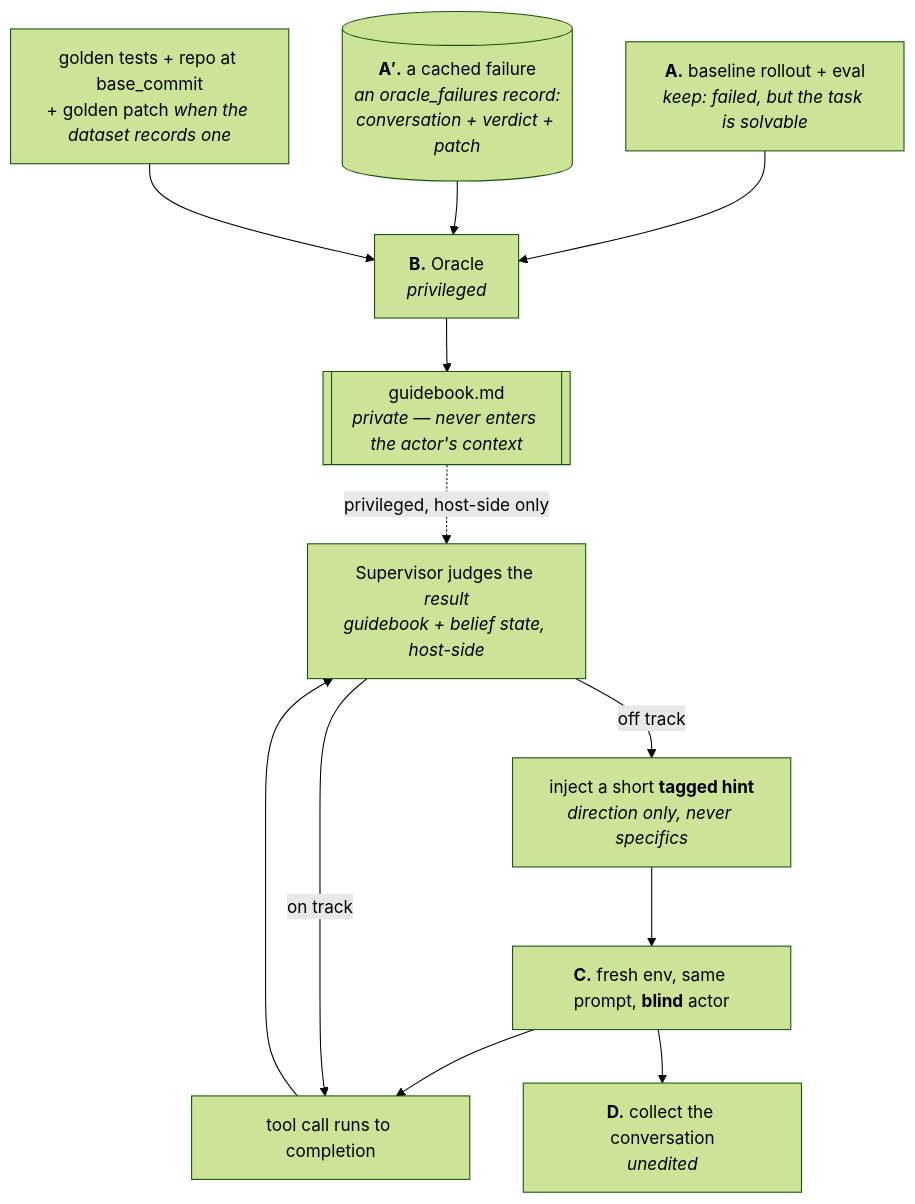
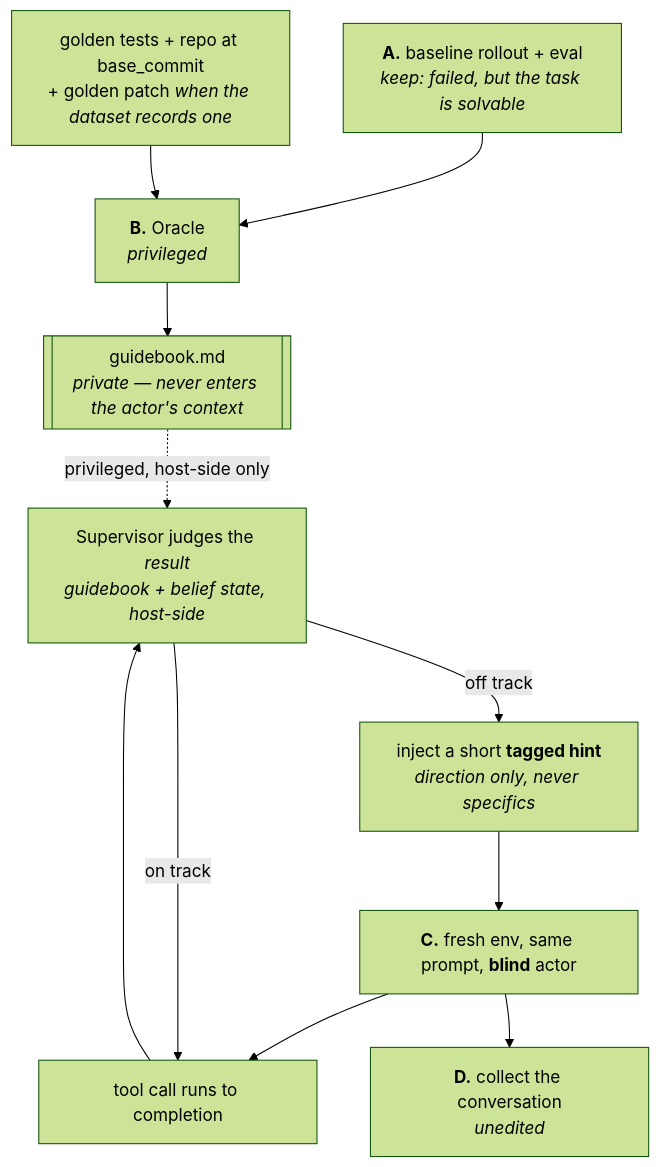
The diagram in docs/trace-synthesis/spec.md (Luolc/swe-lab), drawn with Mermaid (forest theme) before and after one commit. The commit also changed other lines of this file and 30 other files, not shown here.

````diff
--- a/docs/trace-synthesis/spec.md
+++ b/docs/trace-synthesis/spec.md
@@ -75,23 +74,21 @@
 ```mermaid
 flowchart TD
   A["<b>A.</b> baseline rollout + eval<br/><i>keep: failed, but the task is solvable</i>"]
-  F[("<b>A′.</b> a cached failure<br/><i>an oracle_failures record:<br/>conversation + verdict + patch</i>")]
   G["golden tests + repo at base_commit<br/>+ golden patch <i>when the dataset records one</i>"]
   B["<b>B.</b> Oracle<br/><i>privileged</i>"]
   GB[["guidebook.md<br/><i>private — never enters the actor's context</i>"]]
   C["<b>C.</b> fresh env, same prompt, <b>blind</b> actor"]
   T["tool call runs to completion"]
   S["Supervisor judges the <i>result</i><br/><i>guidebook + belief state, host-side</i>"]
   H["inject a short <b>tagged hint</b><br/><i>direction only, never specifics</i>"]
   D["<b>D.</b> collect the conversation<br/><i>unedited</i>"]
 
   A --> B
-  F --> B
   G --> B
   B --> GB
   GB -.privileged, host-side only.-> S
   C --> T --> S
   S -->|on track| T
   S -->|off track| H --> C
   C --> D
 ```
````
